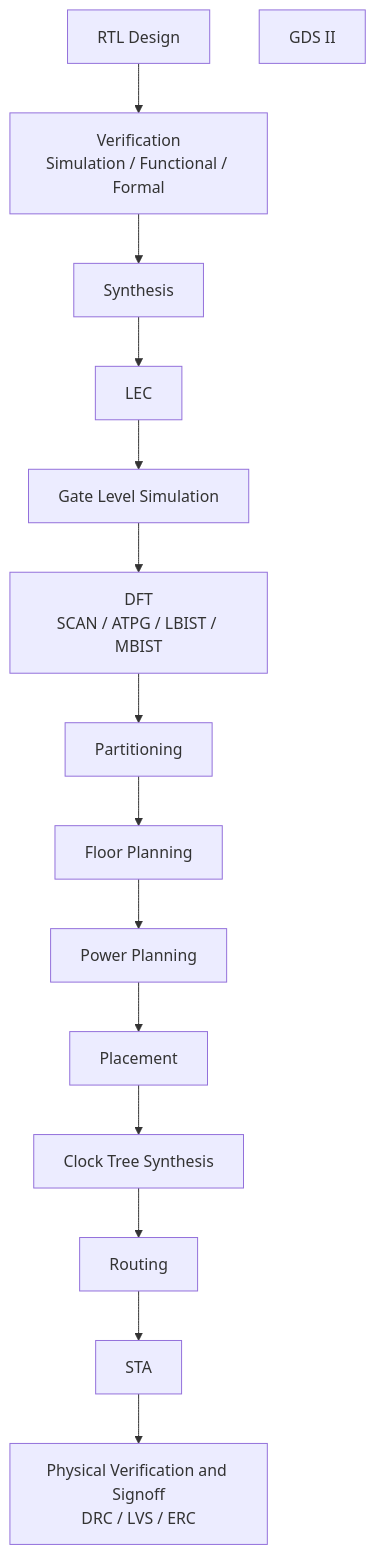
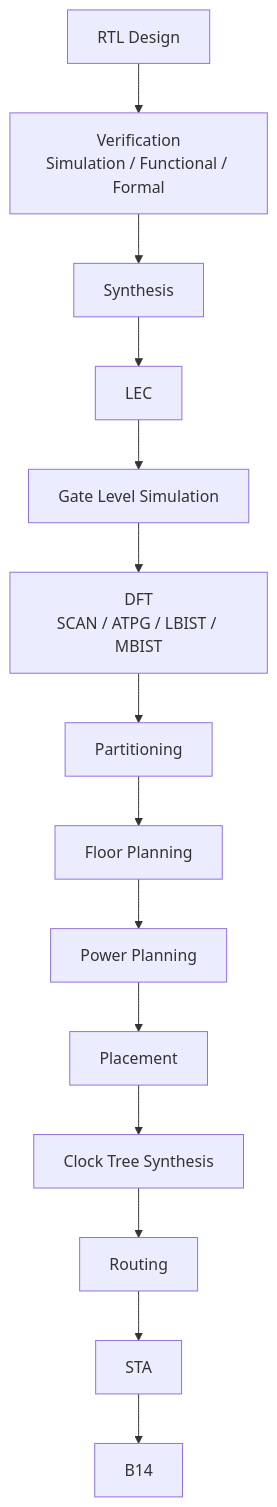
Before and after one commit to rajeshasokanupskill-sketch/RTL-to-GDS-using-open-source-EDA-tools: the diagram in README.md, drawn with Mermaid.

Commit message:
commited design flow chart6

````diff
--- a/README.md
+++ b/README.md
@@ -3,37 +3,35 @@
 ```mermaid
 flowchart TD
 
 %% Front End Design
 A1[RTL Design]
 A2[Verification<br/>Simulation / Functional / Formal]
 A3[Synthesis]
 A4[LEC]
 A5[Gate Level Simulation]
 A6[DFT<br/>SCAN / ATPG / LBIST / MBIST]
 
 A1 --> A2
 A2 --> A3
 A3 --> A4
 A4 --> A5
 A5 --> A6
 
 %% Back End Design
 B7[Partitioning]
 B8[Floor Planning]
 B9[Power Planning]
 B10[Placement]
 B11[Clock Tree Synthesis]
 B12[Routing]
 B13[STA]
-B14[Physical Verification and Signoff<br/>DRC / LVS / ERC]
-B15[GDS II]
 
 A6 --> B7
 B7 --> B8
 B8 --> B9
 B9 --> B10
 B10 --> B11
 B11 --> B12
 B12 --> B13
 B13 --> B14
 ```
````
